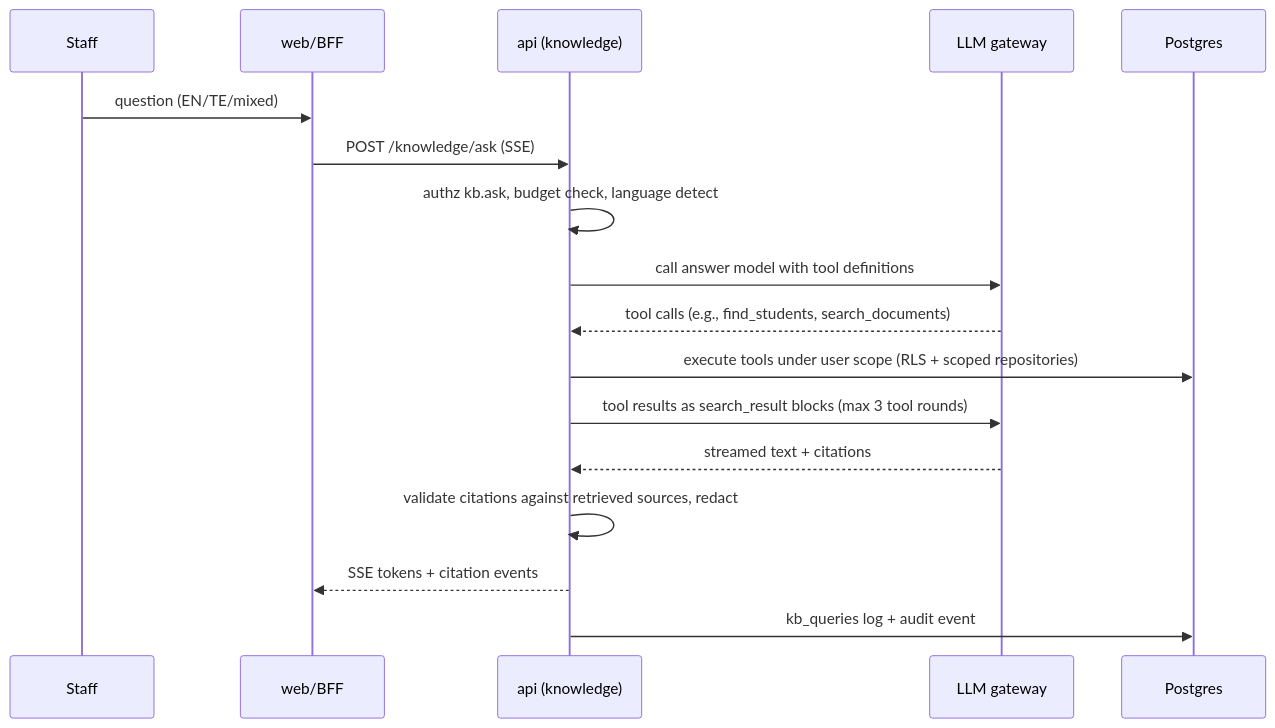
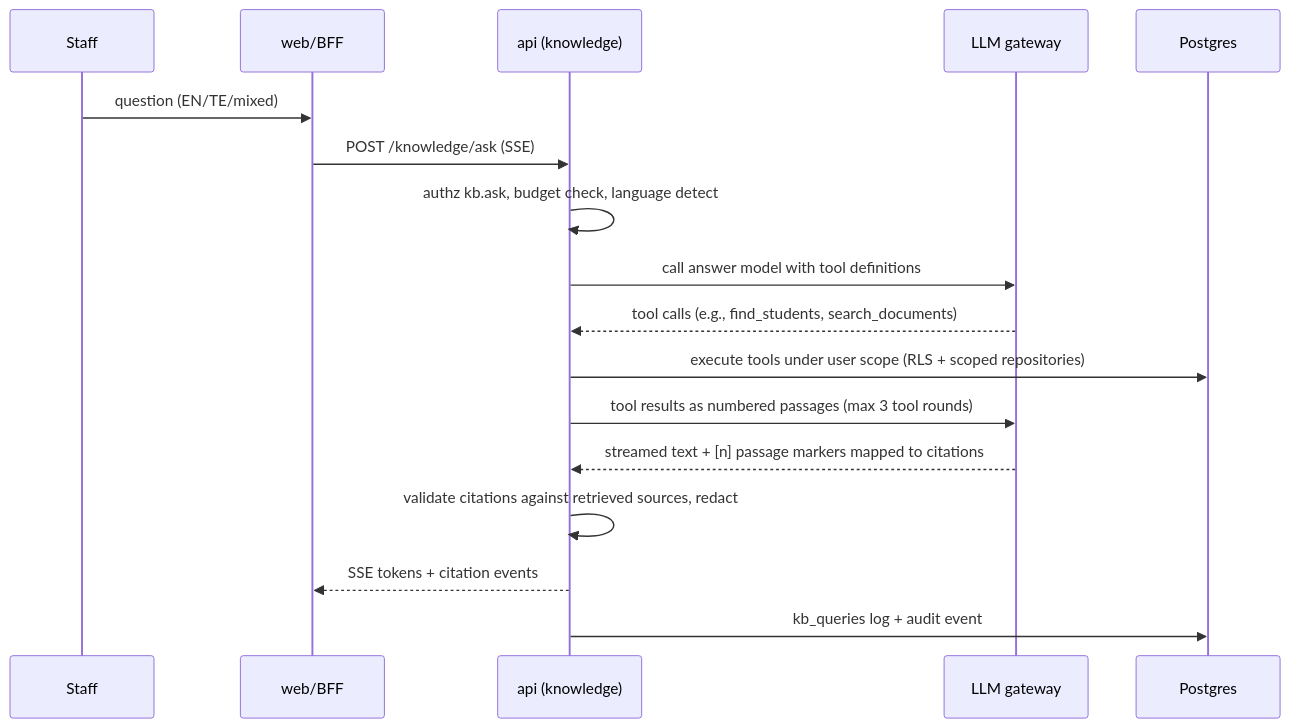
One commit to bb3agency/school-os changed the sixth of 7 diagrams in docs/04-system-architecture.md. Above: the diagram before and after it, drawn with Mermaid. The commit also changed other lines of this file and 13 other files, not shown here.

````diff
--- a/docs/04-system-architecture.md
+++ b/docs/04-system-architecture.md
@@ -205,19 +205,19 @@
 ```mermaid
 sequenceDiagram
   participant U as Staff
   participant W as web/BFF
   participant A as api (knowledge)
   participant G as LLM gateway
   participant DB as Postgres
   U->>W: question (EN/TE/mixed)
   W->>A: POST /knowledge/ask (SSE)
   A->>A: authz kb.ask, budget check, language detect
   A->>G: call answer model with tool definitions
   G-->>A: tool calls (e.g., find_students, search_documents)
   A->>DB: execute tools under user scope (RLS + scoped repositories)
-  A->>G: tool results as search_result blocks (max 3 tool rounds)
-  G-->>A: streamed text + citations
+  A->>G: tool results as numbered passages (max 3 tool rounds)
+  G-->>A: streamed text + [n] passage markers mapped to citations
   A->>A: validate citations against retrieved sources, redact
   A-->>W: SSE tokens + citation events
   A->>DB: kb_queries log + audit event
 ```
````
